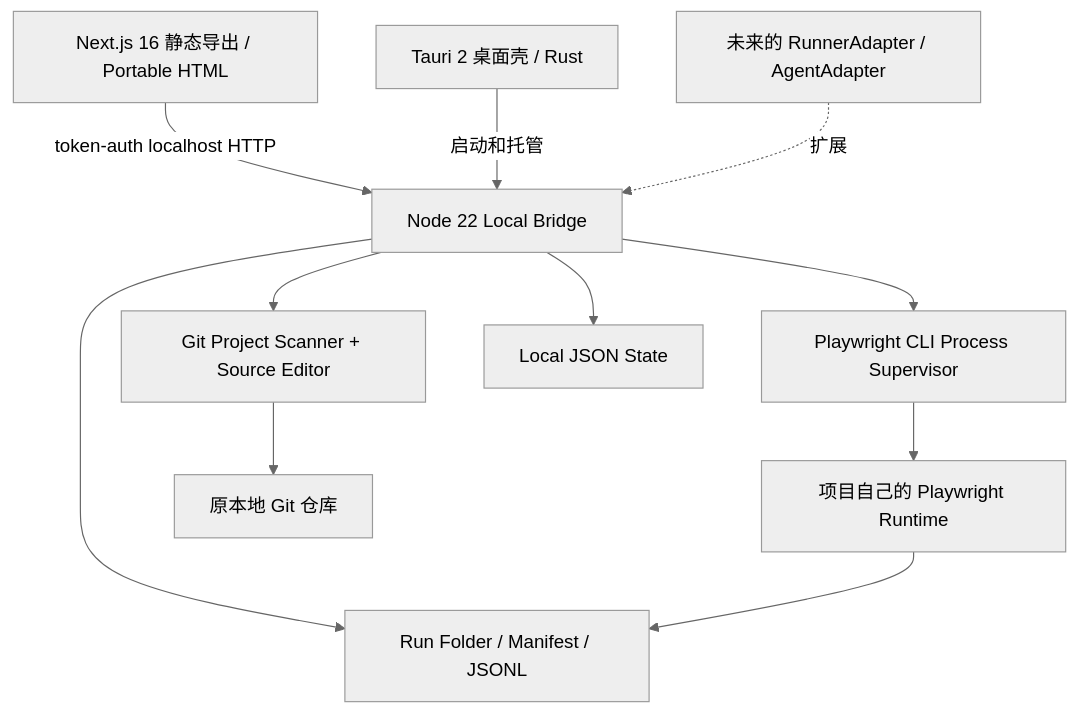
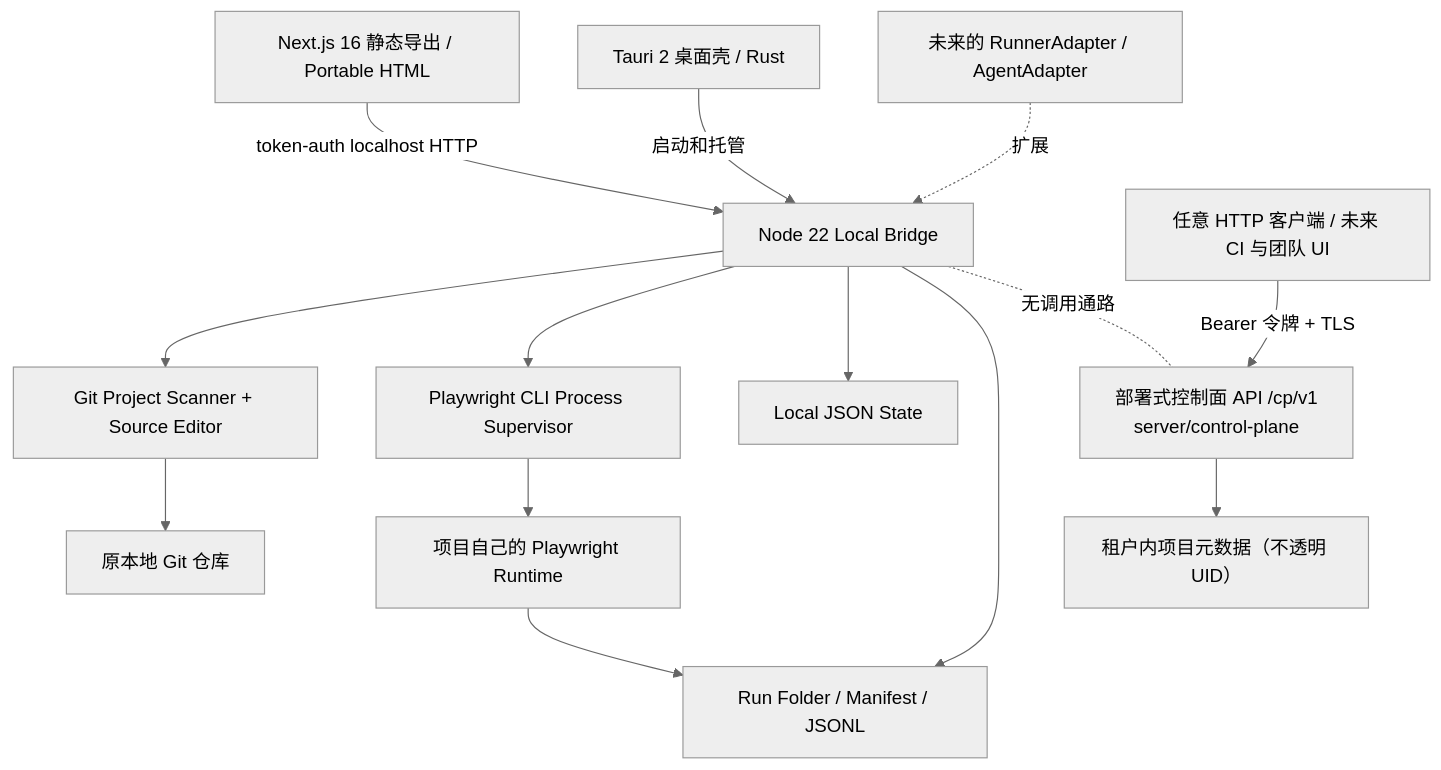
One commit to UlyssesLeoLee/ICHOR changed the diagram in docs/03-BASIC-DESIGN.md. Above: the diagram before and after it, drawn with Mermaid (neutral theme). The commit also changed other lines of this file and 7 other files, not shown here.

````diff
--- a/docs/03-BASIC-DESIGN.md
+++ b/docs/03-BASIC-DESIGN.md
@@ -5,13 +5,16 @@
 ```mermaid
 flowchart TB
  U[Next.js 16 静态导出 / Portable HTML] -->|token-auth localhost HTTP| API[Node 22 Local Bridge]
  T[Tauri 2 桌面壳 / Rust] -->|启动和托管| API
  API --> PRJ[Git Project Scanner + Source Editor]
  API --> RUN[Playwright CLI Process Supervisor]
  API --> META[Local JSON State]
  API --> EVID[Run Folder / Manifest / JSONL]
  RUN --> PW[项目自己的 Playwright Runtime]
  PRJ --> GIT[原本地 Git 仓库]
  PW --> EVID
  P1[未来的 RunnerAdapter / AgentAdapter] -. 扩展 .-> API
+ CLI[任意 HTTP 客户端 / 未来 CI 与团队 UI] -->|Bearer 令牌 + TLS| CP[部署式控制面 API /cp/v1<br/>server/control-plane]
+ CP --> CPM[租户内项目元数据（不透明 UID）]
+ API -. 无调用通路 .- CP
 ```
````
